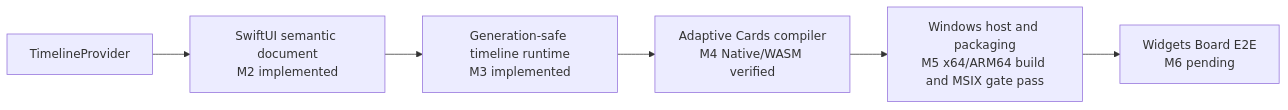
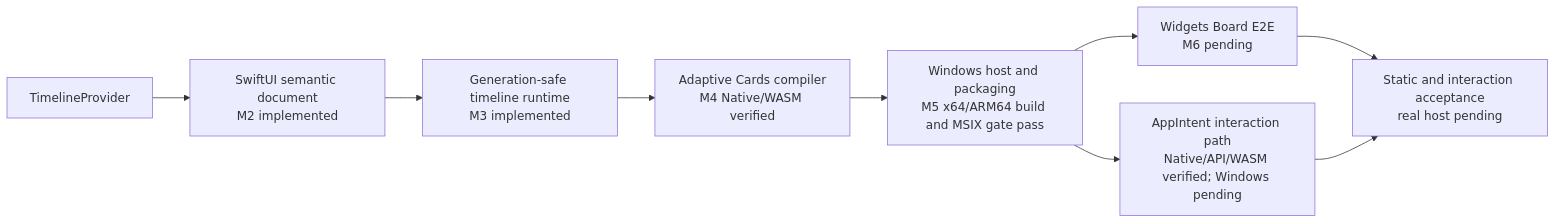
Before and after one commit to 1amageek/OpenWidgetKit: the first of 2 diagrams in README.md, drawn with Mermaid. The commit also changed other lines of this file and 75 other files, not shown here.

````diff
--- a/README.md
+++ b/README.md
@@ -76,8 +108,11 @@
 ```mermaid
 flowchart LR
     Provider["TimelineProvider"] --> Document["SwiftUI semantic document<br/>M2 implemented"]
     Document --> Scheduler["Generation-safe timeline runtime<br/>M3 implemented"]
     Scheduler --> Compiler["Adaptive Cards compiler<br/>M4 Native/WASM verified"]
     Compiler --> Windows["Windows host and packaging<br/>M5 x64/ARM64 build and MSIX gate pass"]
     Windows --> Board["Widgets Board E2E<br/>M6 pending"]
+    Windows --> Interaction["AppIntent interaction path<br/>Native/API/WASM verified; Windows pending"]
+    Board --> Acceptance["Static and interaction acceptance<br/>real host pending"]
+    Interaction --> Acceptance
 ```
````
